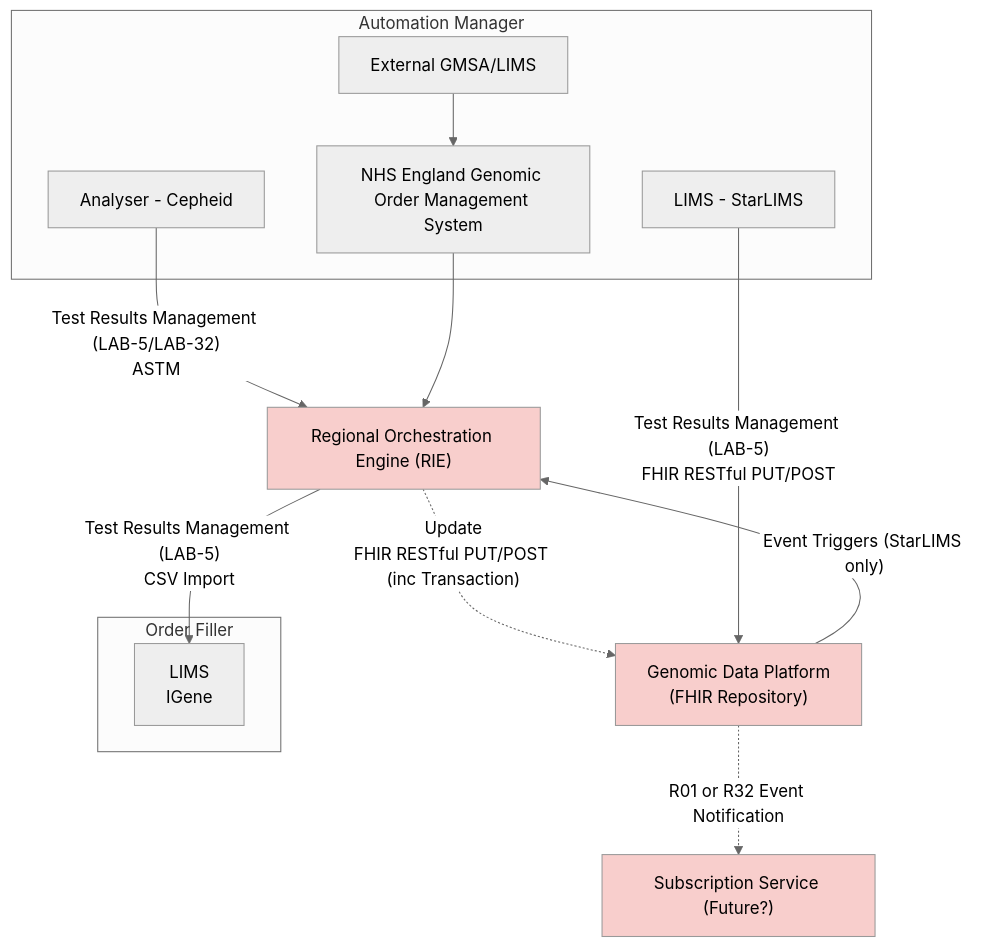
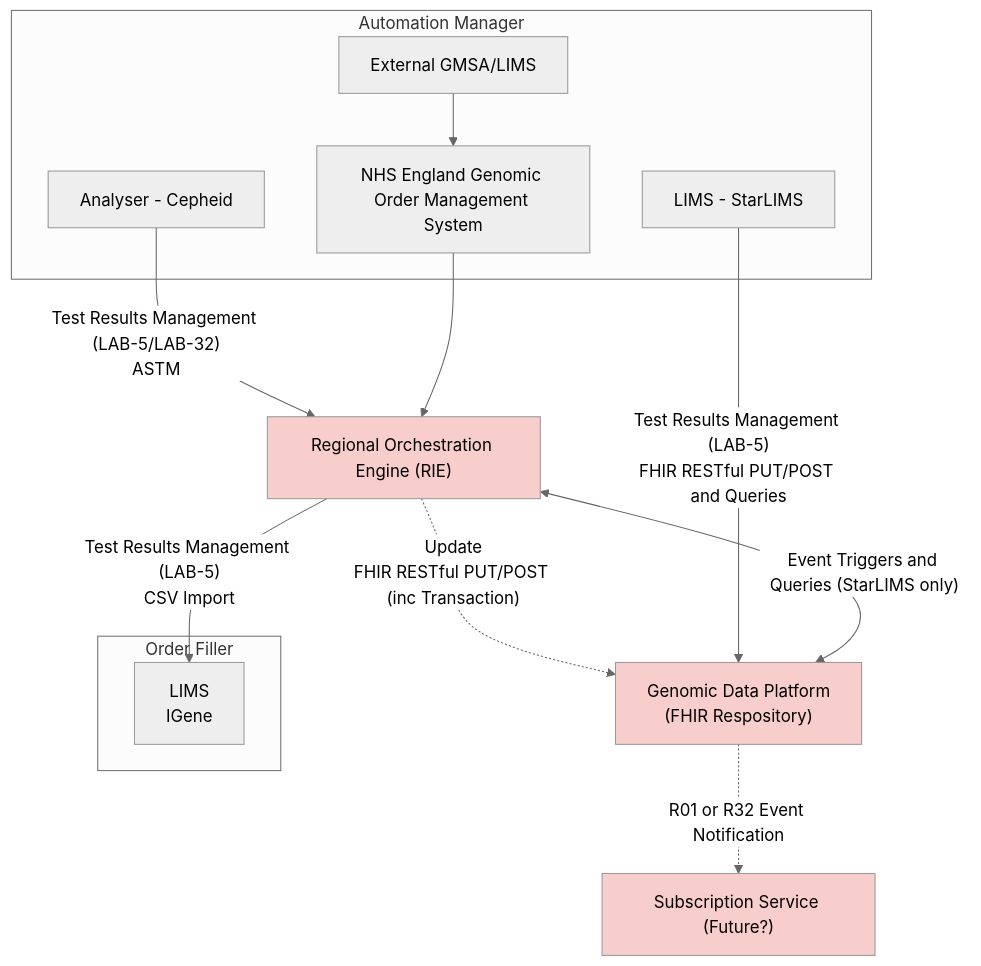
Diagram 15 of 15 in input/pagecontent/LTW.md (nw-gmsa/nw-gmsa.github.com), drawn with Mermaid (neutral theme) before and after one commit.

Commit message:
Overview process model

````diff
--- a/input/pagecontent/LTW.md
+++ b/input/pagecontent/LTW.md
@@ -548,36 +548,36 @@
 ```mermaid
 graph TD
 
   subgraph GenomicLIMS["Order Filler"];
     iGene[LIMS<br/>IGene]
   end
 
   subgraph Analyser["Automation Manager"];
     Cepheid[Analyser - Cepheid]
     StarLIMS[LIMS - StarLIMS]
     ExtLIMS[External GMSA/LIMS]
     GOMS["NHS England Genomic Order Management System"]
     ExtLIMS --> GOMS
   end
 
 
   RIE["Regional Orchestration Engine (RIE)"]
 
-  GDP["Genomic Data Platform<br/>(FHIR Repository)"]
+  GDP["Genomic Data Platform<br/>(FHIR Respository)"]
   PubSub["Subscription Service (Future?)"]
 
   RIE -.-> |"Update<br/>FHIR RESTful PUT/POST (inc Transaction)"| GDP
   GDP -.-> |R01 or R32 Event Notification| PubSub
 
   Cepheid --> |"Test Results Management (LAB-5/LAB-32)<br/>ASTM"| RIE
-  StarLIMS --> |"Test Results Management (LAB-5)<br/>FHIR RESTful PUT/POST"| GDP
-  GDP --> |"Event Triggers (StarLIMS only)"| RIE
+  StarLIMS --> |"Test Results Management (LAB-5)<br/>FHIR RESTful PUT/POST and Queries"| GDP
+  GDP <--> |"Event Triggers and Queries (StarLIMS only)"| RIE
   GOMS --> RIE
 
   RIE --> |"Test Results Management (LAB-5)<br/>CSV Import"| iGene
 
   classDef purple fill:#E1D5E7;
   classDef pink fill:#F8CECC;
 
   class GDP,RIE,PubSub pink;
 ```
````
